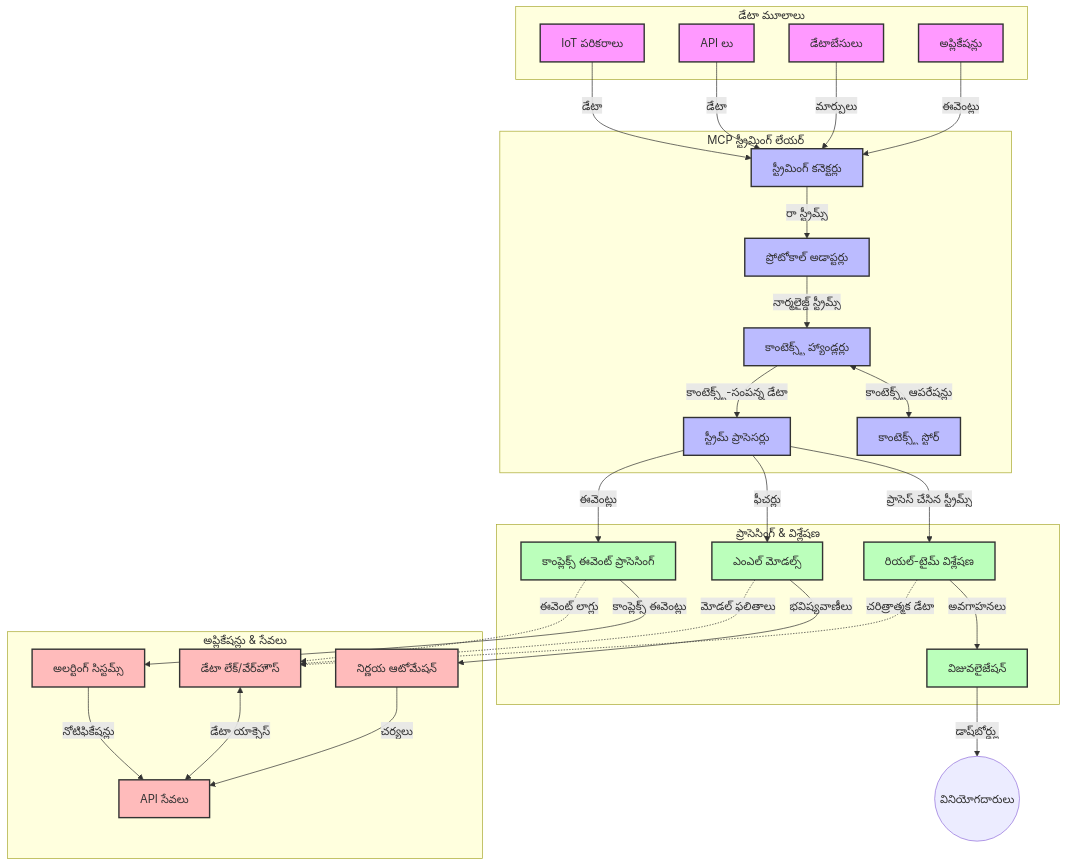
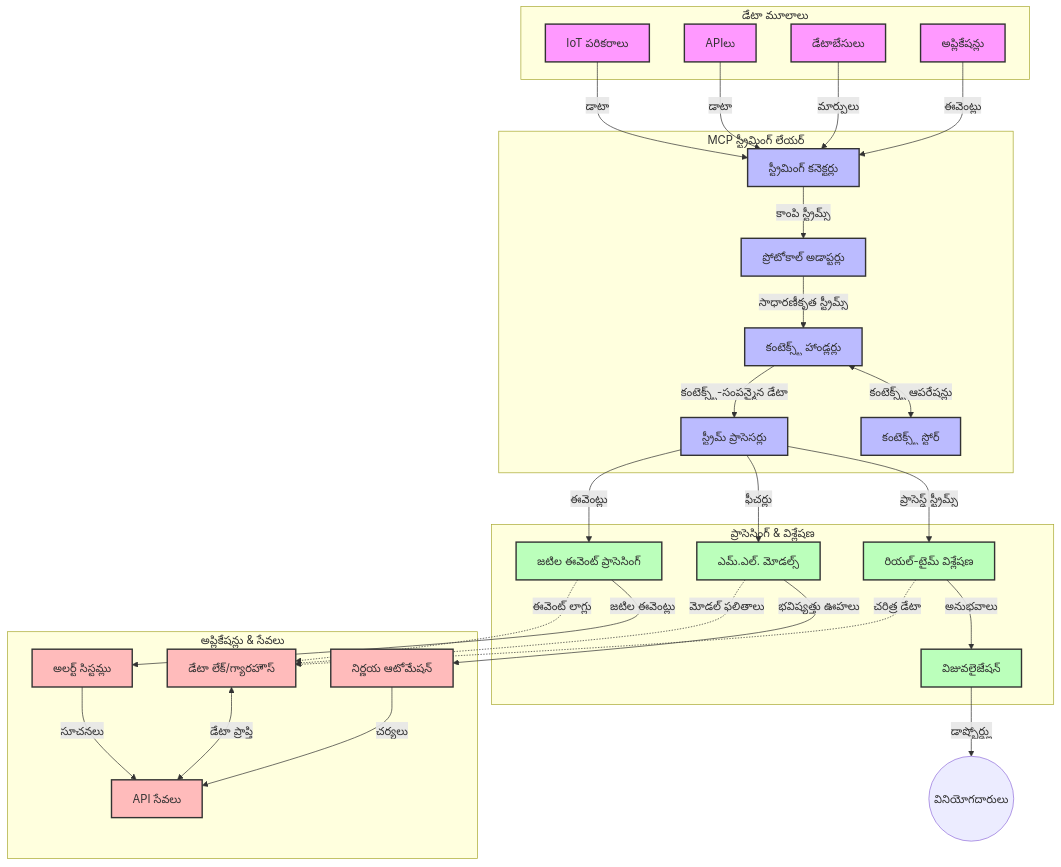
One commit to HIDORAKAI002/ai-workspace-archive changed the diagram in mcp_ecosystem__model_context_protocol/mcp_learning_resources/mcp-for-beginners/translations/te/05-AdvancedTopics/mcp-realtimestreaming/README.md. Above: the diagram before and after it, drawn with Mermaid. The commit also changed other lines of this file and 1511 other files, not shown here.

````diff
--- a/mcp_ecosystem__model_context_protocol/mcp_learning_resources/mcp-for-beginners/translations/te/05-AdvancedTopics/mcp-realtimestreaming/README.md
+++ b/mcp_ecosystem__model_context_protocol/mcp_learning_resources/mcp-for-beginners/translations/te/05-AdvancedTopics/mcp-realtimestreaming/README.md
@@ -90,67 +90,67 @@
 ```mermaid
 graph TD
     subgraph "డేటా మూలాలు"
         IoT[IoT పరికరాలు]
-        APIs[API లు]
+        APIs[APIలు]
         DB[డేటాబేసులు]
         Apps[అప్లికేషన్లు]
     end
 
     subgraph "MCP స్ట్రీమింగ్ లేయర్"
         SC[స్ట్రీమింగ్ కనెక్టర్లు]
         PA[ప్రోటోకాల్ అడాప్టర్లు]
-        CH[కాంటెక్స్ట్ హ్యాండ్లర్లు]
+        CH[కంటెక్స్ట్ హాండ్లర్లు]
         SP[స్ట్రీమ్ ప్రాసెసర్లు]
-        CS[కాంటెక్స్ట్ స్టోర్]
+        CS[కంటెక్స్ట్ స్టోర్]
     end
 
     subgraph "ప్రాసెసింగ్ & విశ్లేషణ"
         RT[రియల్-టైమ్ విశ్లేషణ]
-        ML[ఎంఎల్ మోడల్స్]
-        CEP[కాంప్లెక్స్ ఈవెంట్ ప్రాసెసింగ్]
+        ML[ఎమ్.ఎల్. మోడల్స్]
+        CEP[జటిల ఈవెంట్ ప్రాసెసింగ్]
         Viz[విజువలైజేషన్]
     end
 
     subgraph "అప్లికేషన్లు & సేవలు"
         DA[నిర్ణయ ఆటోమేషన్]
-        Alerts[అలర్టింగ్ సిస్టమ్స్]
-        DL[డేటా లేక్/వేర్‌హౌస్]
+        Alerts[అలర్ట్ సిస్టమ్లు]
+        DL[డేటా లేక్/గ్యారహౌస్]
         API[API సేవలు]
     end
 
-    IoT -->|డేటా| SC
-    APIs -->|డేటా| SC
+    IoT -->|డాటా| SC
+    APIs -->|డాటా| SC
     DB -->|మార్పులు| SC
     Apps -->|ఈవెంట్లు| SC
     
-    SC -->|రా స్ట్రీమ్స్| PA
-    PA -->|నార్మలైజ్డ్ స్ట్రీమ్స్| CH
-    CH <-->|కాంటెక్స్ట్ ఆపరేషన్లు| CS
-    CH -->|కాంటెక్స్ట్-సంపన్న డేటా| SP
-    SP -->|ప్రాసెస్ చేసిన స్ట్రీమ్స్| RT
+    SC -->|కాంపి స్ట్రీమ్స్| PA
+    PA -->|సాధారణీకృత స్ట్రీమ్స్| CH
+    CH <-->|కంటెక్స్ట్ ఆపరేషన్లు| CS
+    CH -->|కంటెక్స్ట్-సంపన్మైన డేటా| SP
+    SP -->|ప్రాసెస్డ్ స్ట్రీమ్స్| RT
     SP -->|ఫీచర్లు| ML
     SP -->|ఈవెంట్లు| CEP
     
-    RT -->|అవగాహనలు| Viz
-    ML -->|భవిష్యవాణీలు| DA
-    CEP -->|కాంప్లెక్స్ ఈవెంట్లు| Alerts
-    Viz -->|డాష్‌బోర్డ్లు| Users((వినియోగదారులు))
+    RT -->|అనుభవాలు| Viz
+    ML -->|భవిష్యత్తు ఊహలు| DA
+    CEP -->|జటిల ఈవెంట్లు| Alerts
+    Viz -->|డాష్బోర్డ్లు| Users((వినియోగదారులు))
     
-    RT -.->|చరిత్రాత్మక డేటా| DL
+    RT -.->|చరిత్ర డేటా| DL
     ML -.->|మోడల్ ఫలితాలు| DL
     CEP -.->|ఈవెంట్ లాగ్లు| DL
     
     DA -->|చర్యలు| API
-    Alerts -->|నోటిఫికేషన్లు| API
-    DL <-->|డేటా యాక్సెస్| API
+    Alerts -->|సూచనలు| API
+    DL <-->|డేటా ప్రాప్తి| API
     
     classDef sources fill:#f9f,stroke:#333,stroke-width:2px
     classDef mcp fill:#bbf,stroke:#333,stroke-width:2px
     classDef processing fill:#bfb,stroke:#333,stroke-width:2px
     classDef apps fill:#fbb,stroke:#333,stroke-width:2px
     
     class IoT,APIs,DB,Apps sources
     class SC,PA,CH,SP,CS mcp
     class RT,ML,CEP,Viz processing
     class DA,Alerts,DL,API apps
 ```
````
